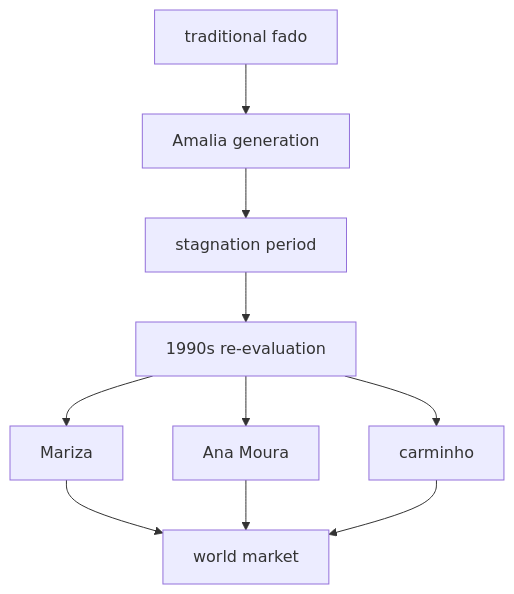
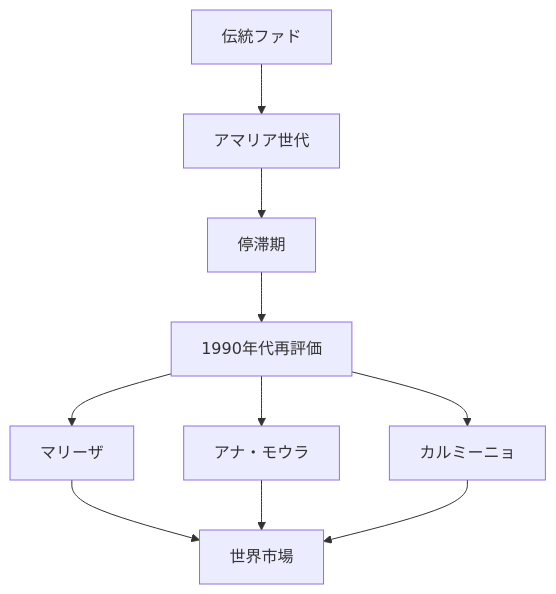
Before and after one commit to monumental-movement/monumental-movement.github.io: the seventh of 12 diagrams in en/_posts/2026-05-16-column-fado.md, drawn with Mermaid. The commit also changed other lines of this file and 2196 other files, not shown here.

```diff
--- a/en/_posts/2026-05-16-column-fado.md
+++ b/en/_posts/2026-05-16-column-fado.md
@@ -372,12 +371,12 @@
 <div class="mermaid">
 flowchart TD
-A[traditional fado] --> B[Amalia generation]
-B --> C[stagnation period]
-C --> D[1990s re-evaluation]
-D --> E[Mariza]
-D --> F[Ana Moura]
-D --> G[carminho]
-E --> H[world market]
+A[伝統ファド] --> B[アマリア世代]
+B --> C[停滞期]
+C --> D[1990年代再評価]
+D --> E[マリーザ]
+D --> F[アナ・モウラ]
+D --> G[カルミーニョ]
+E --> H[世界市場]
 F --> H
 G --> H
 </div>
```
